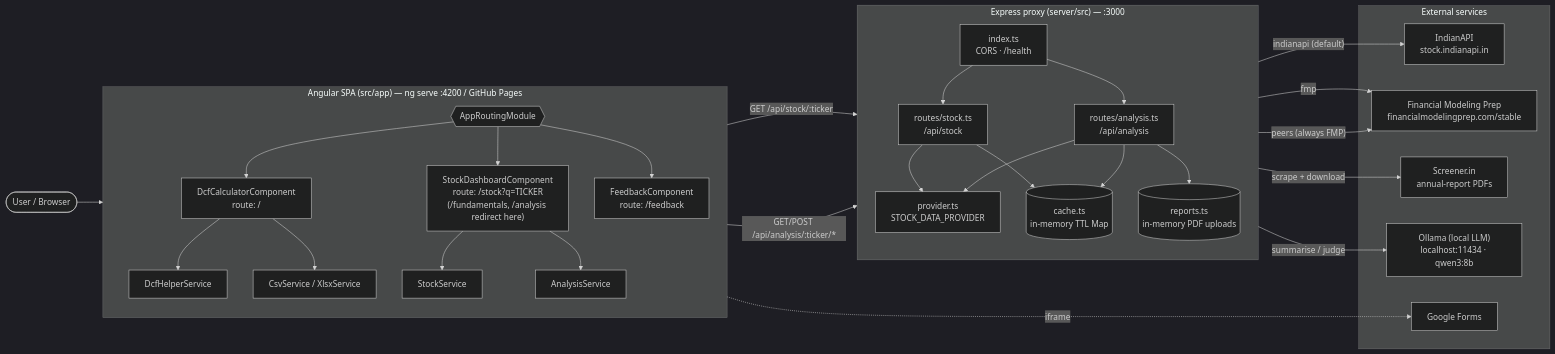
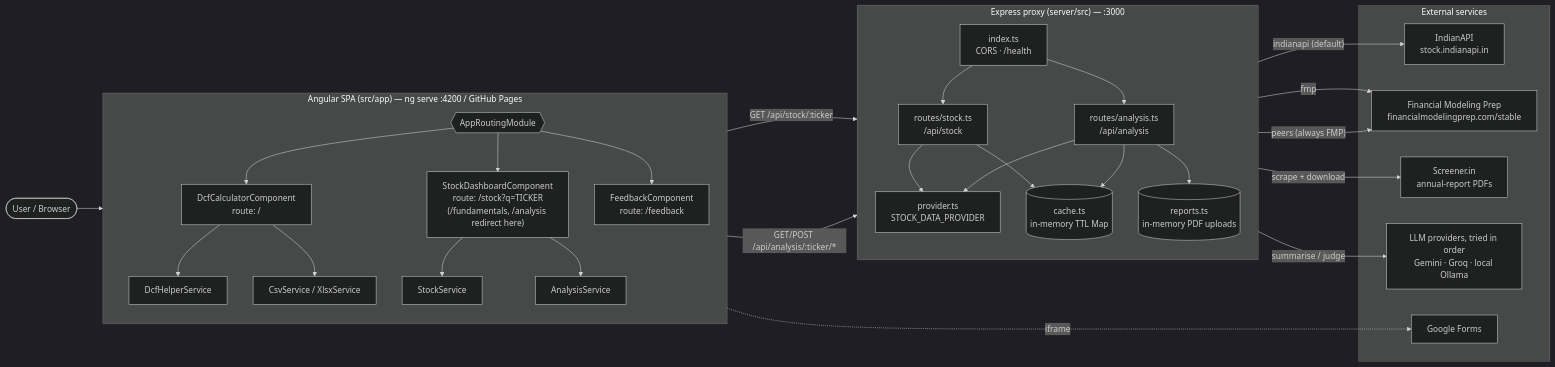
The first of 7 diagrams in docs/architecture.md (vigneshsn/dcf-stock-valuation), drawn with Mermaid (dark theme) before and after one commit. The commit also changed other lines of this file and 21 other files, not shown here.

````diff
--- a/docs/architecture.md
+++ b/docs/architecture.md
@@ -7,58 +7,58 @@
 ```mermaid
 flowchart LR
     user([User / Browser])
 
     subgraph spa["Angular SPA (src/app) — ng serve :4200 / GitHub Pages"]
         direction TB
         router{{AppRoutingModule}}
         dcfc["DcfCalculatorComponent<br/>route: /"]
         dash["StockDashboardComponent<br/>route: /stock?q=TICKER<br/>(/fundamentals, /analysis redirect here)"]
         fb["FeedbackComponent<br/>route: /feedback"]
         helper["DcfHelperService"]
         export["CsvService / XlsxService"]
         stockSvc["StockService"]
         analysisSvc["AnalysisService"]
 
         router --> dcfc & dash & fb
         dcfc --> helper
         dcfc --> export
         dash --> stockSvc
         dash --> analysisSvc
     end
 
     subgraph server["Express proxy (server/src) — :3000"]
         direction TB
         idx["index.ts<br/>CORS · /health"]
         stockRoute["routes/stock.ts<br/>/api/stock"]
         analysisRoute["routes/analysis.ts<br/>/api/analysis"]
         provider["provider.ts<br/>STOCK_DATA_PROVIDER"]
         cache[("cache.ts<br/>in-memory TTL Map")]
         uploads[("reports.ts<br/>in-memory PDF uploads")]
 
         idx --> stockRoute & analysisRoute
         stockRoute --> provider
         analysisRoute --> provider
         stockRoute --> cache
         analysisRoute --> cache
         analysisRoute --> uploads
     end
 
     subgraph ext["External services"]
         indian["IndianAPI<br/>stock.indianapi.in"]
         fmp["Financial Modeling Prep<br/>financialmodelingprep.com/stable"]
         screener["Screener.in<br/>annual-report PDFs"]
-        ollama["Ollama (local LLM)<br/>localhost:11434 · qwen3:8b"]
+        llmP["LLM providers, tried in order<br/>Gemini · Groq · local Ollama"]
         gforms["Google Forms"]
     end
 
     user --> router
     stockSvc -- "GET /api/stock/:ticker" --> stockRoute
     analysisSvc -- "GET/POST /api/analysis/:ticker/*" --> analysisRoute
     fb -. iframe .-> gforms
 
     provider -- "indianapi (default)" --> indian
     provider -- fmp --> fmp
     analysisRoute -- "peers (always FMP)" --> fmp
     analysisRoute -- "scrape + download" --> screener
-    analysisRoute -- "summarise / judge" --> ollama
+    analysisRoute -- "summarise / judge" --> llmP
 ```
````
